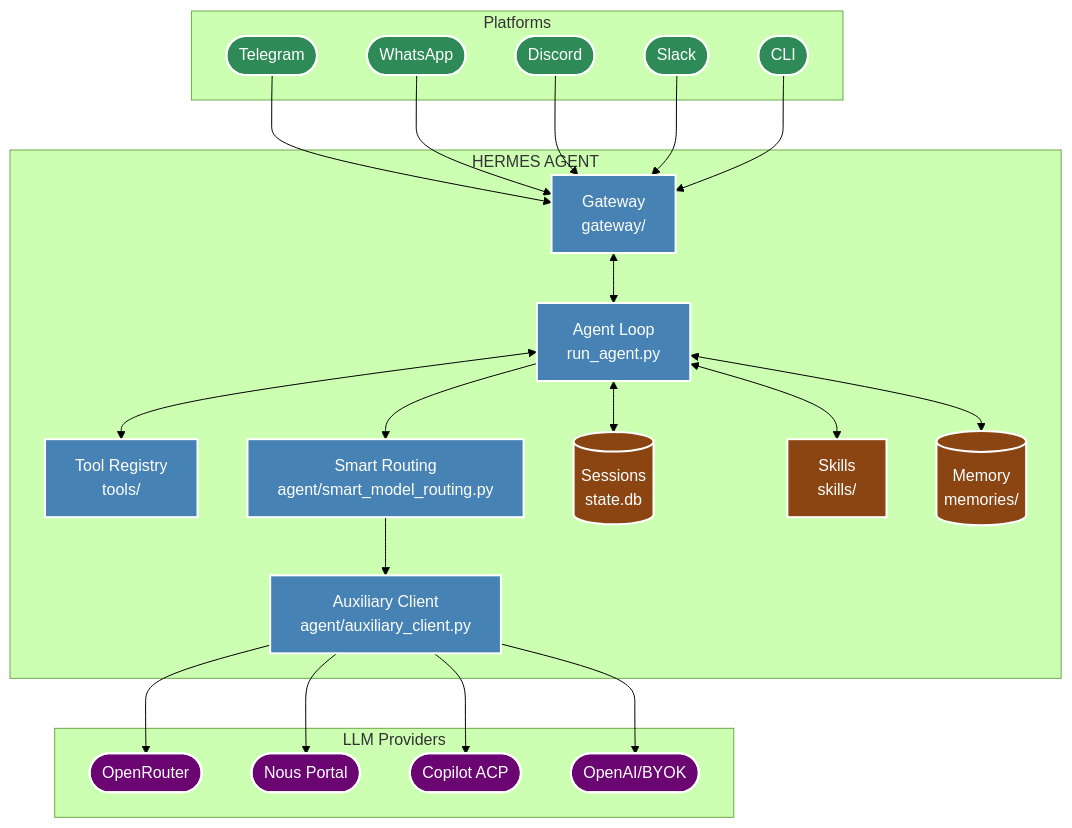
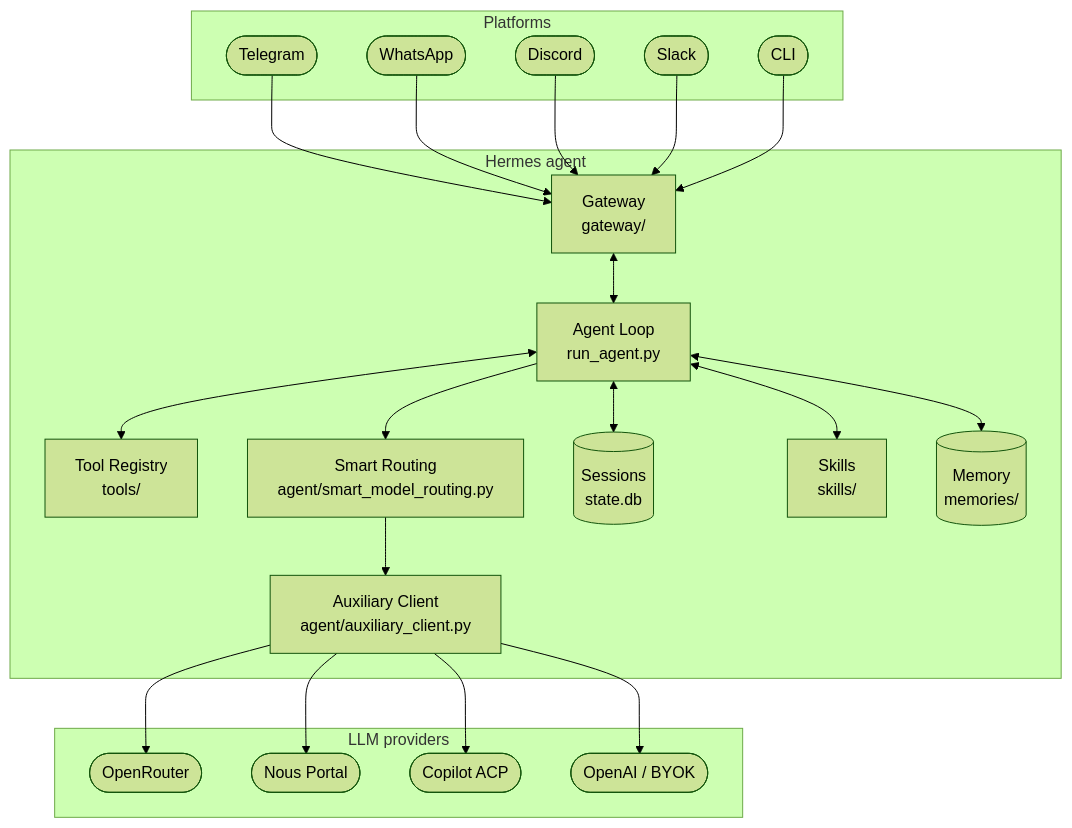
The diagram in docs/agents/hermes/architecture.md (docxology/codomyrmex), drawn with Mermaid (forest theme) before and after one commit. The commit also changed 86 other files, not shown here.

````diff
--- a/docs/agents/hermes/architecture.md
+++ b/docs/agents/hermes/architecture.md
@@ -11,53 +11,48 @@
 ```mermaid
 graph TD
-    classDef platform fill:#2E8B57,stroke:#fff,stroke-width:2px,color:#fff;
-    classDef core fill:#4682B4,stroke:#fff,stroke-width:2px,color:#fff;
-    classDef storage fill:#8B4513,stroke:#fff,stroke-width:2px,color:#fff;
-    classDef provider fill:#6A0572,stroke:#fff,stroke-width:2px,color:#fff;
-
-    subgraph "HERMES AGENT"
-        Gateway[Gateway<br/>gateway/]:::core
-        AgentLoop[Agent Loop<br/>run_agent.py]:::core
-        ToolRegistry[Tool Registry<br/>tools/]:::core
-        AuxClient[Auxiliary Client<br/>agent/auxiliary_client.py]:::core
-        SmartRoute[Smart Routing<br/>agent/smart_model_routing.py]:::core
+    subgraph hermesAgent [Hermes agent]
+        Gateway[Gateway<br/>gateway/]
+        AgentLoop[Agent Loop<br/>run_agent.py]
+        ToolRegistry[Tool Registry<br/>tools/]
+        AuxClient[Auxiliary Client<br/>agent/auxiliary_client.py]
+        SmartRoute[Smart Routing<br/>agent/smart_model_routing.py]
 
         Gateway <--> AgentLoop
         AgentLoop <--> ToolRegistry
         AgentLoop --> SmartRoute
         SmartRoute --> AuxClient
 
-        Sessions[(Sessions<br/>state.db)]:::storage
-        Skills[Skills<br/>skills/]:::storage
-        Memory[(Memory<br/>memories/)]:::storage
+        Sessions[("Sessions<br/>state.db")]
+        Skills[Skills<br/>skills/]
+        Memory[("Memory<br/>memories/")]
 
         AgentLoop <--> Sessions
         AgentLoop <--> Skills
         AgentLoop <--> Memory
     end
 
-    subgraph "Platforms"
-        TG([Telegram]):::platform
-        WA([WhatsApp]):::platform
-        DC([Discord]):::platform
-        SL([Slack]):::platform
-        CLI([CLI]):::platform
+    subgraph platforms [Platforms]
+        TG([Telegram])
+        WA([WhatsApp])
+        DC([Discord])
+        SL([Slack])
+        HermesCLI([CLI])
     end
 
-    subgraph "LLM Providers"
-        OR([OpenRouter]):::provider
-        NP([Nous Portal]):::provider
-        CP([Copilot ACP]):::provider
-        OA([OpenAI/BYOK]):::provider
+    subgraph llmProviders [LLM providers]
+        OR([OpenRouter])
+        NP([Nous Portal])
+        CP([Copilot ACP])
+        OA([OpenAI / BYOK])
     end
 
     TG --> Gateway
     WA --> Gateway
     DC --> Gateway
     SL --> Gateway
-    CLI --> Gateway
+    HermesCLI --> Gateway
     AuxClient --> OR
     AuxClient --> NP
     AuxClient --> CP
     AuxClient --> OA
 ```
````
